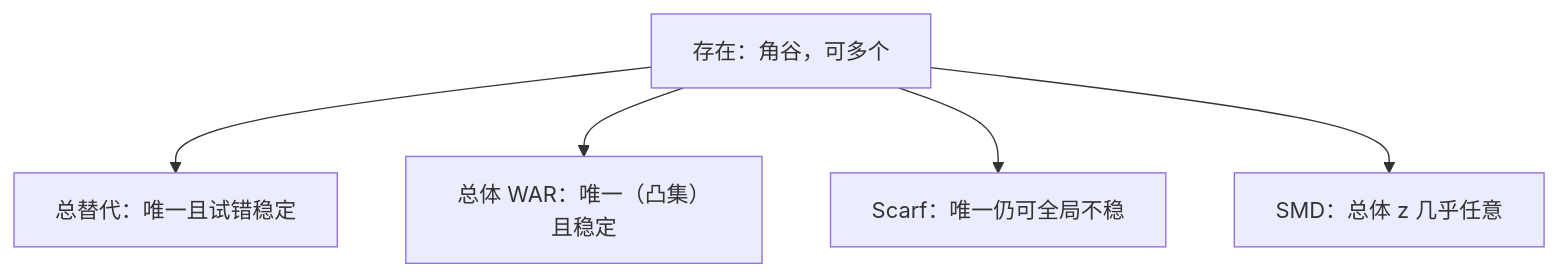
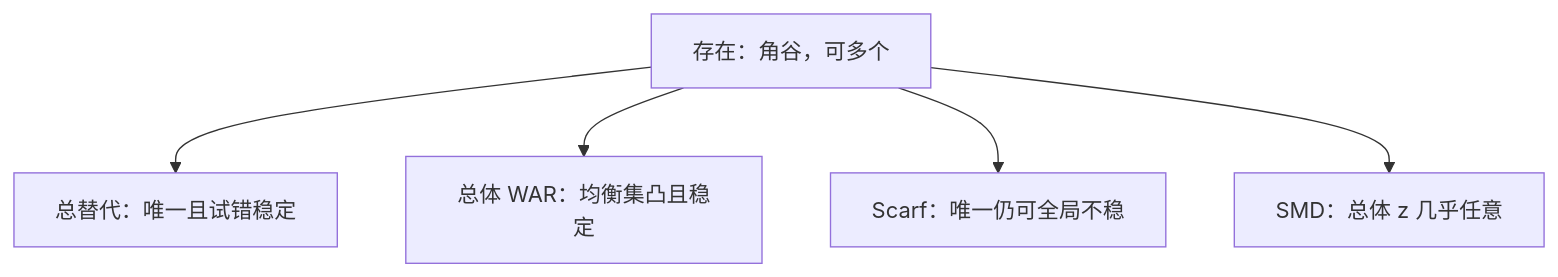
The first of 2 diagrams in docs/econ/uniqueness-tatonnement.md (xhongduo-tech/xhongduo-tech.github.io), drawn with Mermaid before and after one commit. The commit also changed other lines of this file and 1 other file, not shown here.

Commit message:
Content review econ-154: the offer direction reads A pays more than B's floor in mrs-contract-curve with the tangency count as (I-1)(L-1), and WAR yields a convex equilibrium set with stable tatonnement but not uniqueness in uniqueness-tatonnement.

````diff
--- a/docs/econ/uniqueness-tatonnement.md
+++ b/docs/econ/uniqueness-tatonnement.md
@@ -38,7 +38,7 @@
 ```mermaid
 flowchart TD
   EX["存在：角谷，可多个"] --> GS["总替代：唯一且试错稳定"]
-  EX --> WAR["总体 WAR：唯一（凸集）且稳定"]
+  EX --> WAR["总体 WAR：均衡集凸且稳定"]
   EX --> SCARF["Scarf：唯一仍可全局不稳"]
   EX --> SMD["SMD：总体 z 几乎任意"]
 ```
````
